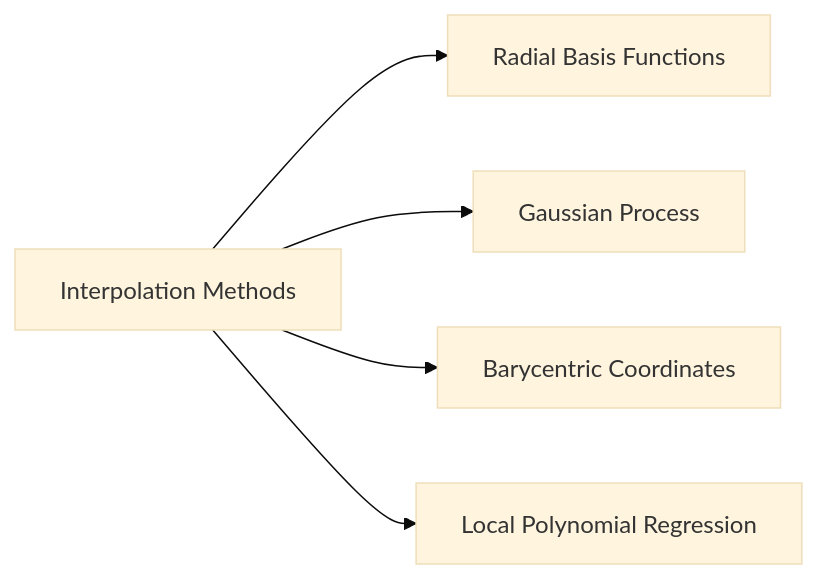
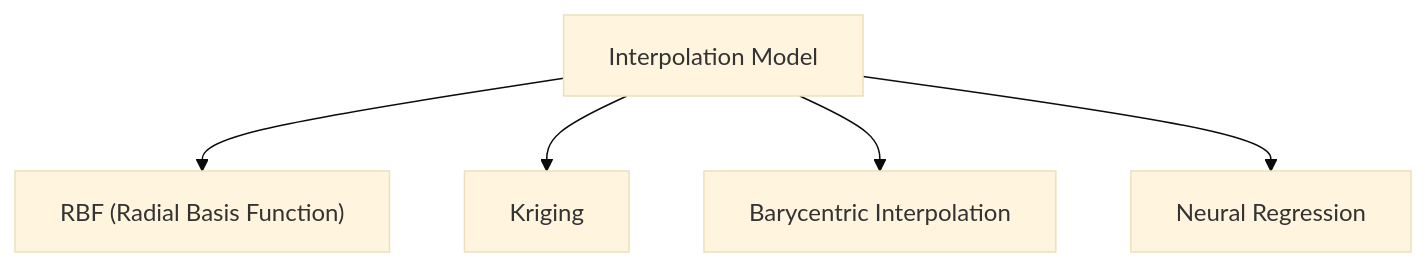
The third of 6 diagrams in docs/catalog-of-terms/process/generatingNewData.md (Nicola-Ibrahim/Tracing-Objectives-Backwards), drawn with Mermaid (base theme) before and after one commit. The commit also changed other lines of this file and 3 other files, not shown here.

Commit message:
feat: Add Inverse Decision Mapping documentation; outline training process and flowcharts

````diff
--- a/docs/catalog-of-terms/process/generatingNewData.md
+++ b/docs/catalog-of-terms/process/generatingNewData.md
@@ -97,7 +91,8 @@
-  ```mermaid
-  graph LR
-  A[Interpolation Methods] --> B[Radial Basis Functions]
-  A --> C[Gaussian Process]
-  A --> D[Barycentric Coordinates]
-  A --> E[Local Polynomial Regression]
-  ```
+```mermaid
+graph TD
+  A["Interpolation Model"] --> B["RBF (Radial Basis Function)"]
+  A --> C["Kriging"]
+  A --> D["Barycentric Interpolation"]
+  A --> E["Neural Regression"]
+
+```
````
